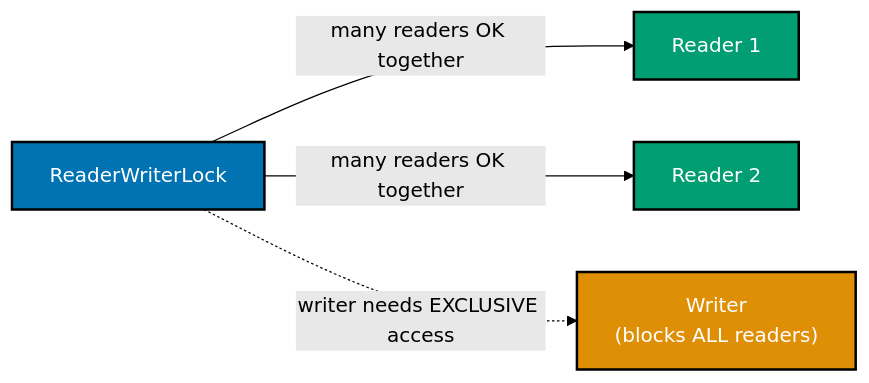
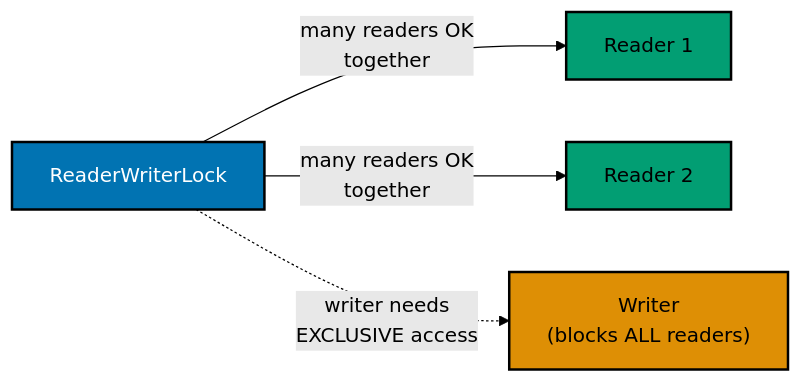
Before and after one commit to wahidyankf/ose-public: the second of 15 diagrams in apps/ayokoding-www/content/en/learn/courses/concurrency-and-parallelism/learning/advanced.md, drawn with Mermaid (forest theme). The commit also changed other lines of this file and 144 other files, not shown here.

First line of the commit message:
fix(mermaid): bring the first half of the courses diagrams onto the accessible palette

````diff
--- a/apps/ayokoding-www/content/en/learn/courses/concurrency-and-parallelism/learning/advanced.md
+++ b/apps/ayokoding-www/content/en/learn/courses/concurrency-and-parallelism/learning/advanced.md
@@ -407,12 +410,15 @@
 ```mermaid
 %% Color Palette: Blue #0173B2, Orange #DE8F05, Teal #029E73, Purple #CC78BC
 flowchart LR
+    accTitle: Example 61: A Hand-Built Reader-Writer Lock -- Many Readers, OR One Writer
+    accDescr: Flowchart with 4 nodes and 3 connections. Nodes: ReaderWriterLock, Reader 1, Reader 2, Writer (blocks ALL readers). Connections: ReaderWriterLock to Reader 1 (many readers OK together), ReaderWriterLock to Reader 2 (many readers OK together), ReaderWriterLock to Writer (blocks ALL readers) (writer needs EXCLUSIVE access).
     RW["ReaderWriterLock"]:::blue
-    RW -->|"many readers OK together"| R1["Reader 1"]:::teal
-    RW -->|"many readers OK together"| R2["Reader 2"]:::teal
-    RW -.->|"writer needs EXCLUSIVE access"| W["Writer<br/>(blocks ALL readers)"]:::orange
+    RW -->|"many readers OK<br/>together"| R1["Reader 1"]:::teal
+    RW -->|"many readers OK<br/>together"| R2["Reader 2"]:::teal
+    RW -.->|"writer needs<br/>EXCLUSIVE access"| W["Writer<br/>(blocks ALL readers)"]:::orange
 
     classDef blue fill:#0173B2,stroke:#000000,color:#FFFFFF,stroke-width:2px
-    classDef orange fill:#DE8F05,stroke:#000000,color:#FFFFFF,stroke-width:2px
-    classDef teal fill:#029E73,stroke:#000000,color:#FFFFFF,stroke-width:2px
+    classDef orange fill:#DE8F05,stroke:#000000,color:#000000,stroke-width:2px
+    classDef teal fill:#029E73,stroke:#000000,color:#000000,stroke-width:2px
+    classDef default fill:#FFFFFF,stroke:#000000,color:#000000
 ```
````
